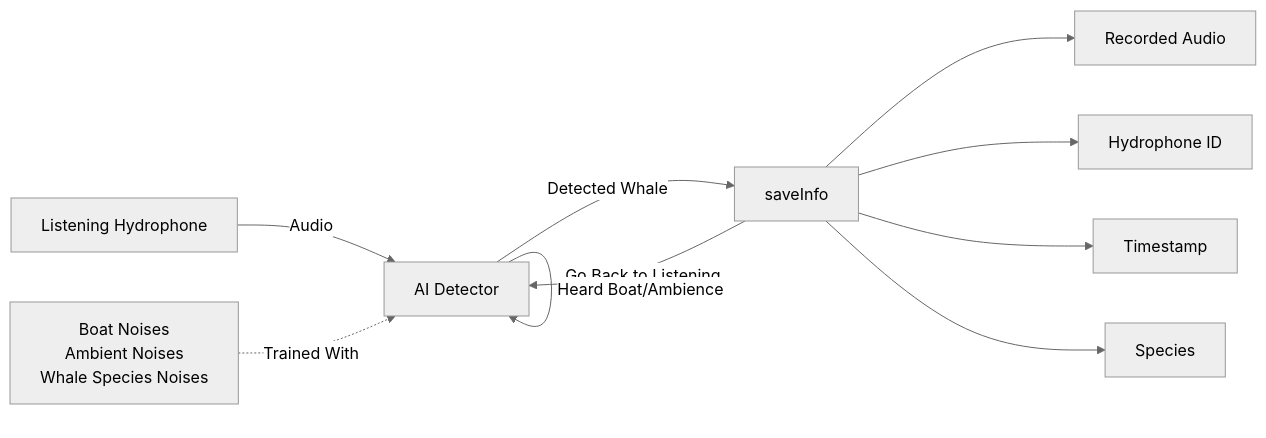
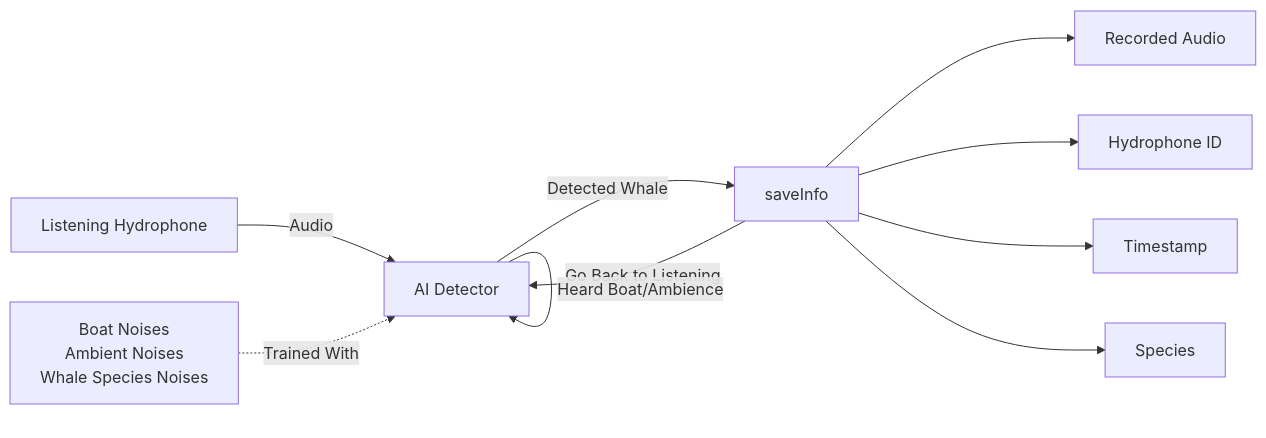
One commit to M-Kwatcher/CPSC490-G05-Fighting-Mongooses changed the second of 2 diagrams in docs/design/ai-detector-design.md. Above: the diagram before and after it, drawn with Mermaid.

Commit message:
Change data flow theme from neutral to default
the theme for this one doesn't look as nice as the first and I can't determine why, might come back to neutral if it still doesn't look good

````diff
--- a/docs/design/ai-detector-design.md
+++ b/docs/design/ai-detector-design.md
@@ -47,21 +47,21 @@
 ```mermaid
 ---
 config:
-  theme: neutral
+  theme: default
 ---
 flowchart LR
     hydrophone["Listening Hydrophone"] -- Audio --> aiDetector["AI Detector"]
     boatNoises["Boat Noises<br>Ambient Noises<br>Whale Species Noises"] -. Trained With .-> aiDetector
     aiDetector -- Detected Whale --> saveInfo["saveInfo"]
     saveInfo -- Go Back to Listening --> aiDetector
     saveInfo --> recordedAudio["Recorded Audio"] & hydrophoneID["Hydrophone ID"] & timestamp["Timestamp"] & species["Species"]
     aiDetector -- Heard Boat/Ambience --> aiDetector
 
      hydrophone
      aiDetector
      boatNoises
      recordedAudio
      hydrophoneID
      timestamp
      species
 ```
````
